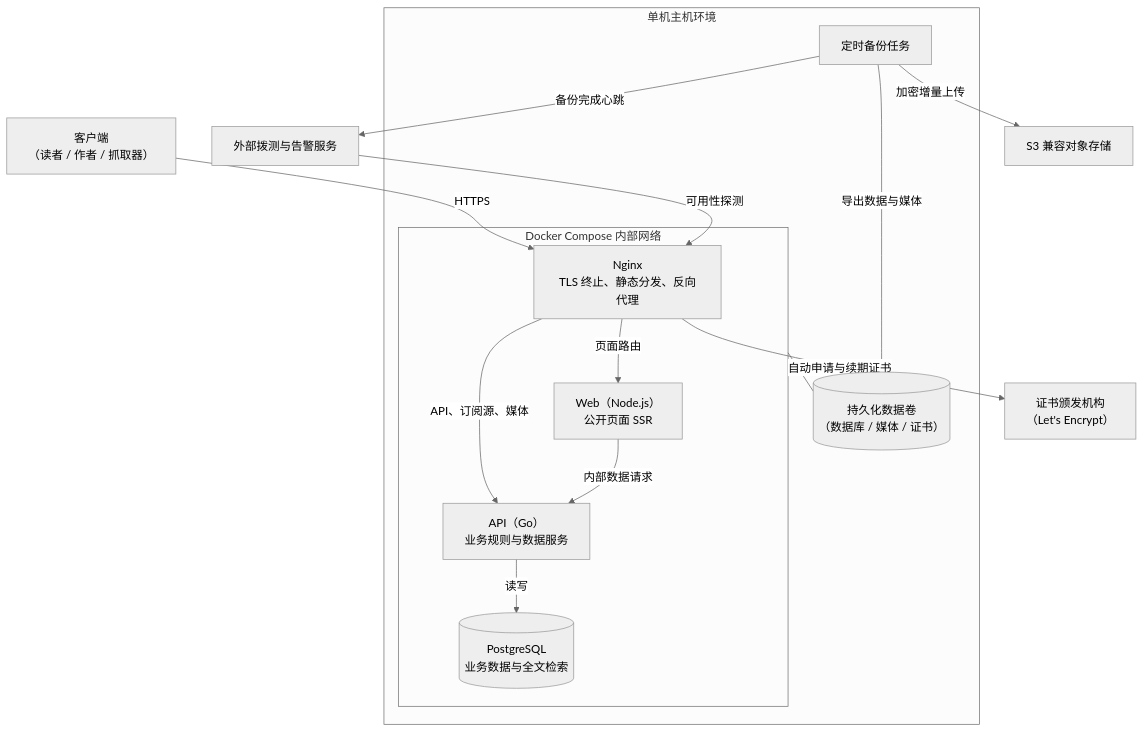
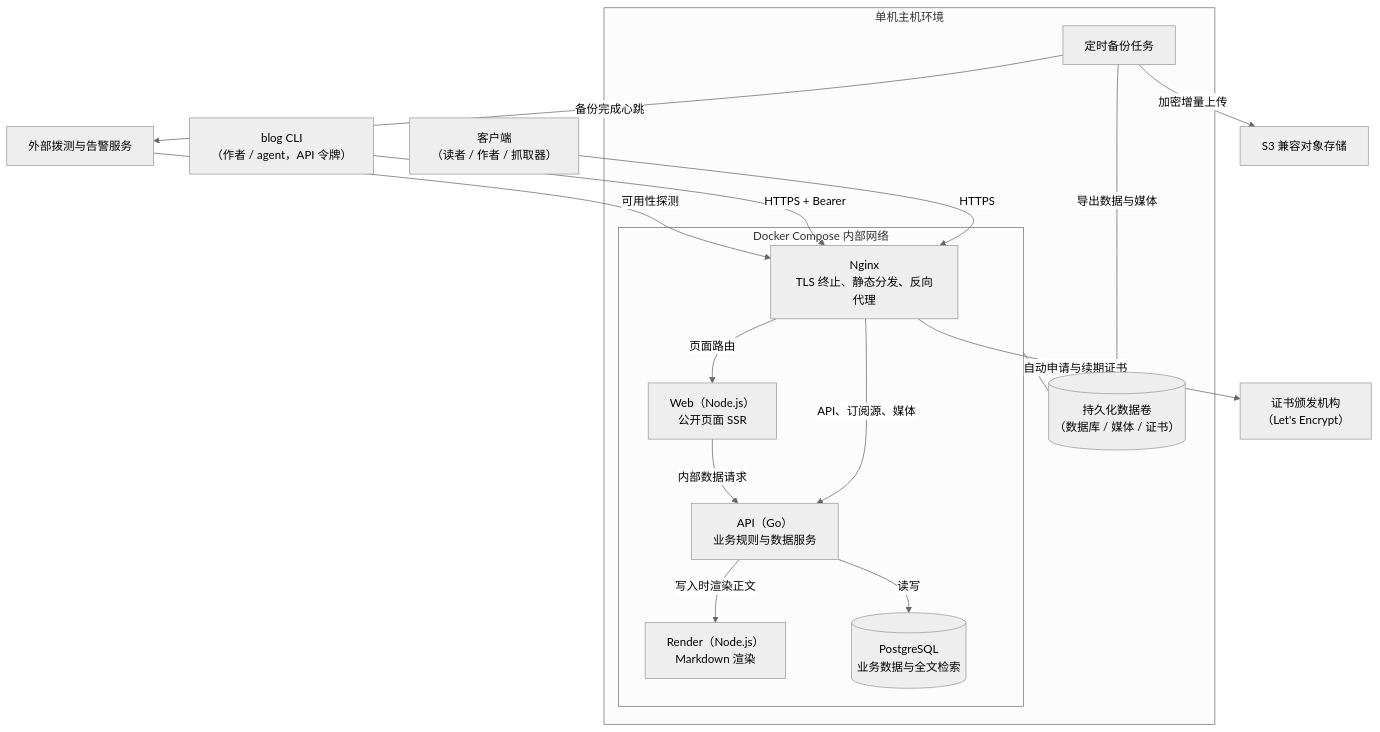
The first of 3 diagrams in docs/architecture-design.md (FaulknerWu/blog), drawn with Mermaid (neutral theme) before and after one commit. The commit also changed other lines of this file and 2 other files, not shown here.

Commit message:
docs: document server-side rendering, API tokens and the CLI

````diff
--- a/docs/architecture-design.md
+++ b/docs/architecture-design.md
@@ -13,30 +13,34 @@
 ```mermaid
 flowchart TB
     clients["客户端<br/>（读者 / 作者 / 抓取器）"]
+    cli["blog CLI<br/>（作者 / agent，API 令牌）"]
     probe["外部拨测与告警服务"]
     acme["证书颁发机构<br/>（Let's Encrypt）"]
     s3["S3 兼容对象存储"]
 
     subgraph vps["单机主机环境"]
         subgraph compose["Docker Compose 内部网络"]
             nginx["Nginx<br/>TLS 终止、静态分发、反向代理"]
             web["Web（Node.js）<br/>公开页面 SSR"]
             api["API（Go）<br/>业务规则与数据服务"]
+            render["Render（Node.js）<br/>Markdown 渲染"]
             db[("PostgreSQL<br/>业务数据与全文检索")]
         end
         volumes[("持久化数据卷<br/>（数据库 / 媒体 / 证书）")]
         backup["定时备份任务"]
     end
 
     clients -->|"HTTPS"| nginx
+    cli -->|"HTTPS + Bearer"| nginx
     probe -->|"可用性探测"| nginx
     nginx -->|"自动申请与续期证书"| acme
     nginx -->|"页面路由"| web
     nginx -->|"API、订阅源、媒体"| api
     web -->|"内部数据请求"| api
     api -->|"读写"| db
+    api -->|"写入时渲染正文"| render
     compose --- volumes
     backup -->|"导出数据与媒体"| volumes
     backup -->|"加密增量上传"| s3
     backup -->|"备份完成心跳"| probe
 ```
````
